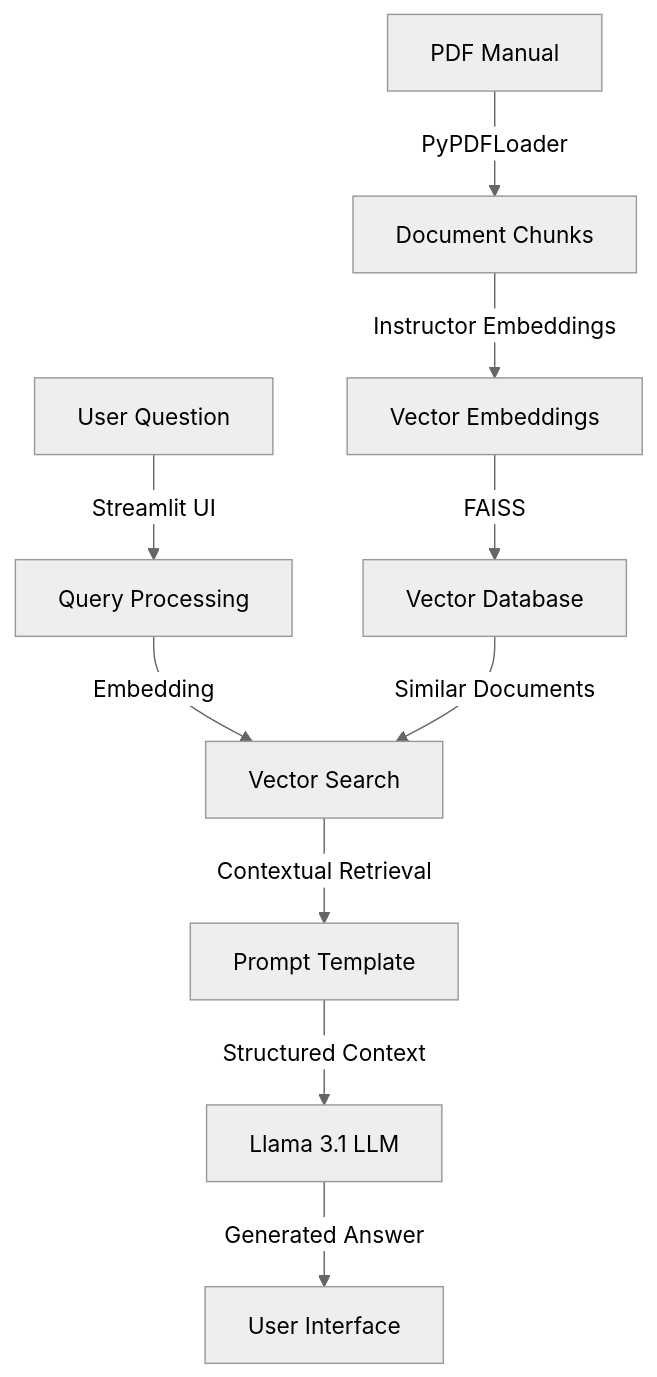
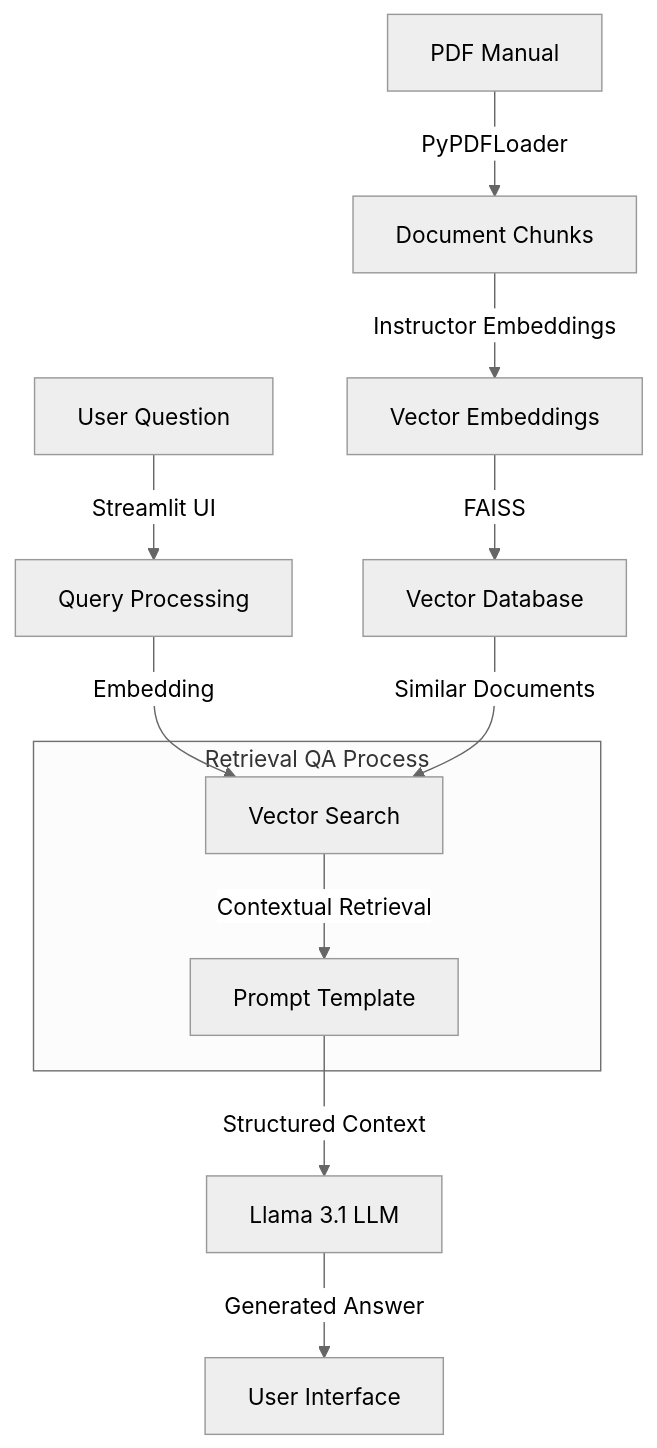
Before and after one commit to vicky545/smart-home-llm: the diagram in technical-document.md, drawn with Mermaid (neutral theme).

Commit message:
graph updates

````diff
--- a/technical-document.md
+++ b/technical-document.md
@@ -42,12 +42,17 @@
 ```mermaid
 graph TD
     A[PDF Manual] -->|PyPDFLoader| B[Document Chunks]
     B -->|Instructor Embeddings| C[Vector Embeddings]
     C -->|FAISS| D[Vector Database]
     E[User Question] -->|Streamlit UI| F[Query Processing]
     F -->|Embedding| G[Vector Search]
     D -->|Similar Documents| G
     G -->|Contextual Retrieval| H[Prompt Template]
     H -->|Structured Context| I[Llama 3.1 LLM]
     I -->|Generated Answer| J[User Interface]
+
+    subgraph Retrieval QA Process
+    G
+    H
+    end
 ```
````
